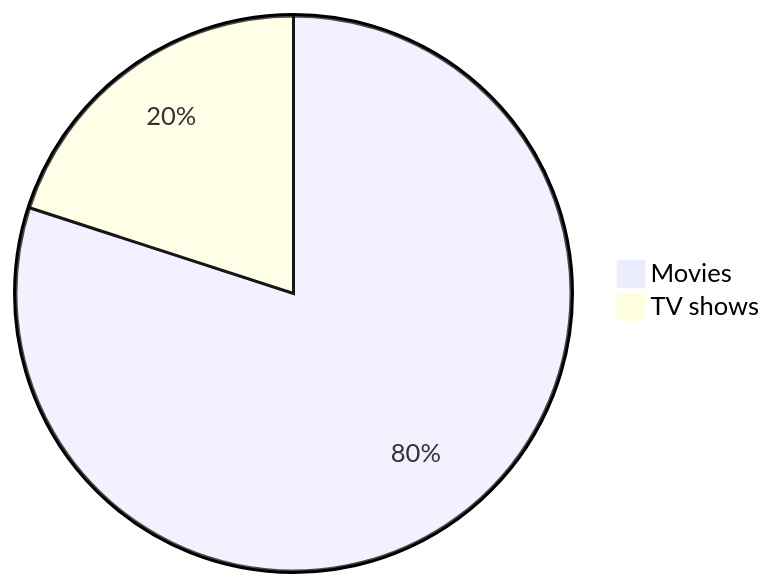
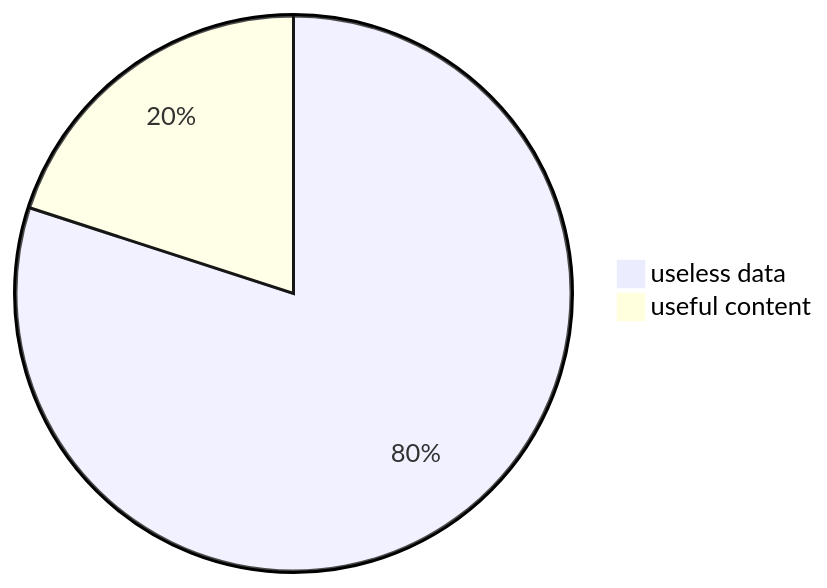
Before and after one commit to Vikinge/vikinge.github.io: the diagram in README.md, drawn with Mermaid.

Commit message:
Update README.md
pie change

````diff
--- a/README.md
+++ b/README.md
@@ -14,5 +14,5 @@
 ```mermaid
 pie
-"Movies" : 80
-"TV shows" : 20
+"useless data" : 80
+"useful content" : 20
 ```
````
